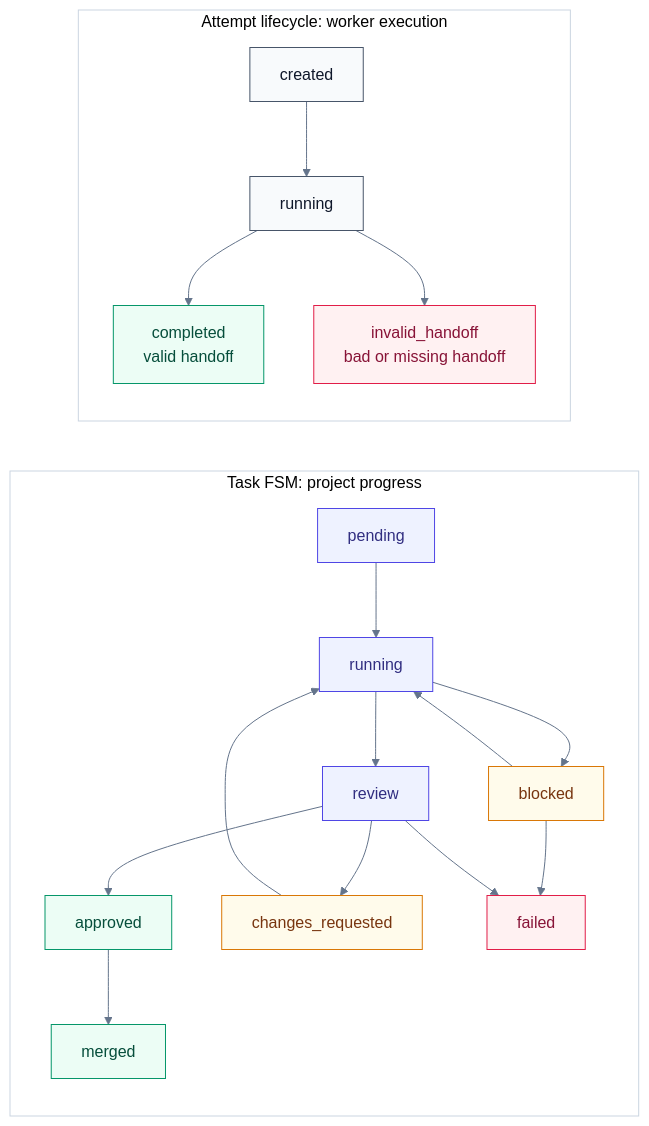
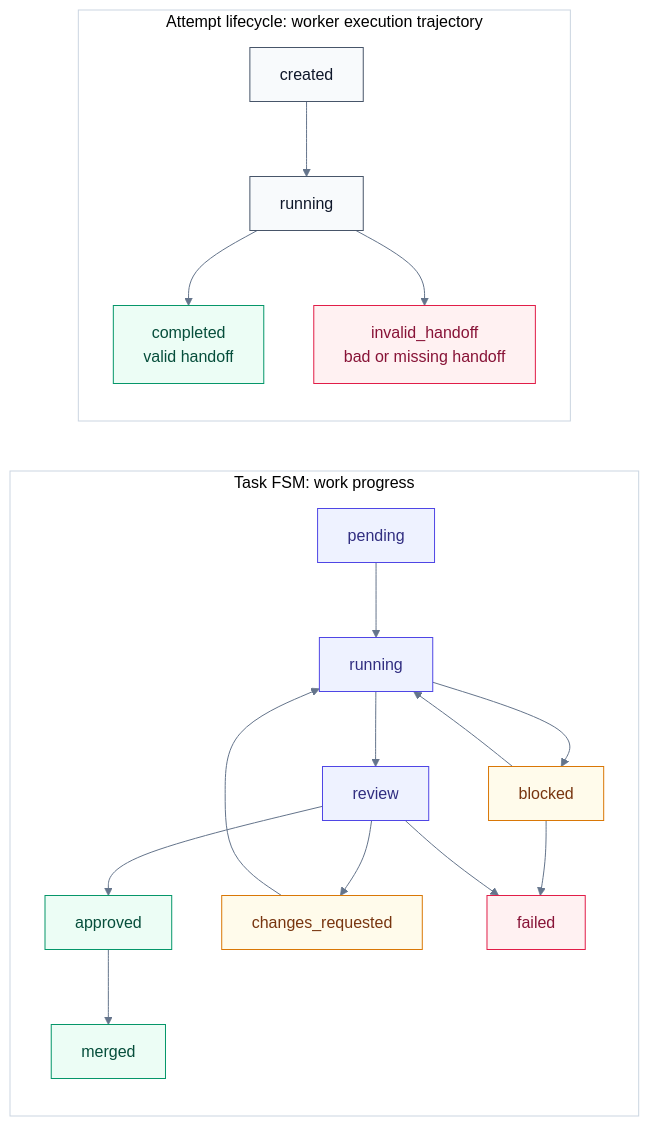
The third of 3 diagrams in README.md (LKCY23/research-dev-orchestrator), drawn with Mermaid before and after one commit. The commit also changed other lines of this file, not shown here.

Commit message:
Clarify execution state model in README

````diff
--- a/README.md
+++ b/README.md
@@ -197,28 +229,28 @@
 ```mermaid
 %%{init: {"theme":"base","themeVariables":{"fontFamily":"Inter, ui-sans-serif, system-ui","primaryColor":"#f8fafc","primaryTextColor":"#0f172a","primaryBorderColor":"#cbd5e1","lineColor":"#64748b","clusterBkg":"#ffffff","clusterBorder":"#cbd5e1"}}}%%
 flowchart LR
-  subgraph TaskFSM["Task FSM: project progress"]
+  subgraph TaskFSM["Task FSM: work progress"]
     P["pending"]:::task --> R["running"]:::task
     R --> V["review"]:::task
     R --> B["blocked"]:::warn
     V --> A["approved"]:::ok
     V --> CR["changes_requested"]:::warn
     A --> M["merged"]:::ok
     CR --> R
     B --> R
     B --> F["failed"]:::bad
     V --> F
   end
 
-  subgraph AttemptLifecycle["Attempt lifecycle: worker execution"]
+  subgraph AttemptLifecycle["Attempt lifecycle: worker execution trajectory"]
     C["created"]:::attempt --> AR["running"]:::attempt
     AR --> DONE["completed<br/>valid handoff"]:::ok
     AR --> BAD["invalid_handoff<br/>bad or missing handoff"]:::bad
   end
 
   classDef task fill:#eef2ff,stroke:#4f46e5,color:#312e81;
   classDef attempt fill:#f8fafc,stroke:#475569,color:#0f172a;
   classDef ok fill:#ecfdf5,stroke:#059669,color:#064e3b;
   classDef warn fill:#fffbeb,stroke:#d97706,color:#78350f;
   classDef bad fill:#fff1f2,stroke:#e11d48,color:#881337;
 ```
````
